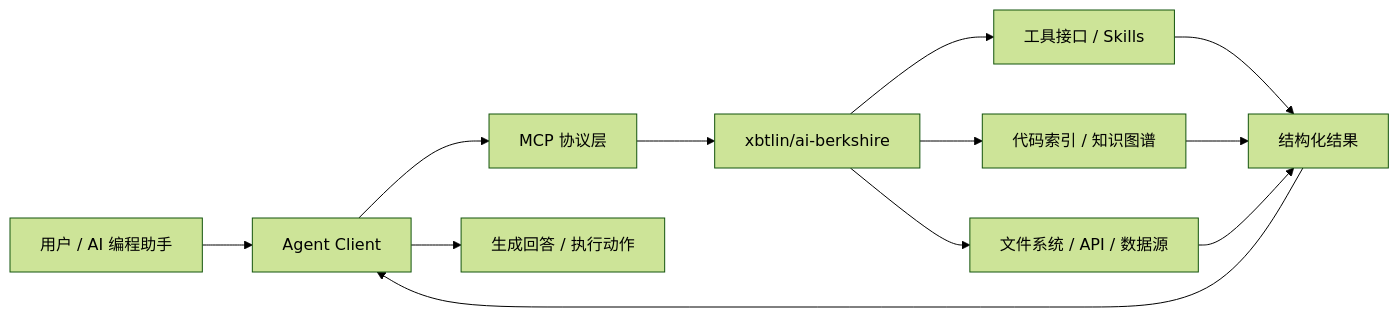
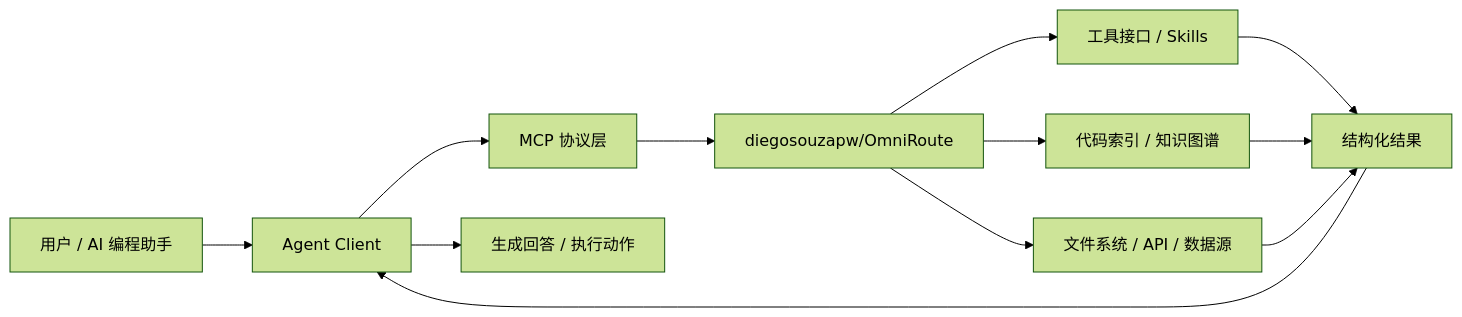
One commit to Lingwangla/github_trend changed the fourth of 5 diagrams in TRENDING.md. Above: the diagram before and after it, drawn with Mermaid (forest theme). The commit also changed other lines of this file and 2 other files, not shown here.

````diff
--- a/TRENDING.md
+++ b/TRENDING.md
@@ -110,14 +145,14 @@
 ```mermaid
 flowchart LR
     User[用户 / AI 编程助手] --> Client[Agent Client]
     Client --> Protocol[MCP 协议层]
-    Protocol --> Server[xbtlin/ai-berkshire]
+    Protocol --> Server[diegosouzapw/OmniRoute]
     Server --> Tools[工具接口 / Skills]
     Server --> Index[代码索引 / 知识图谱]
     Server --> Data[文件系统 / API / 数据源]
     Tools --> Result[结构化结果]
     Index --> Result
     Data --> Result
     Result --> Client
     Client --> Answer[生成回答 / 执行动作]
 ```
````
